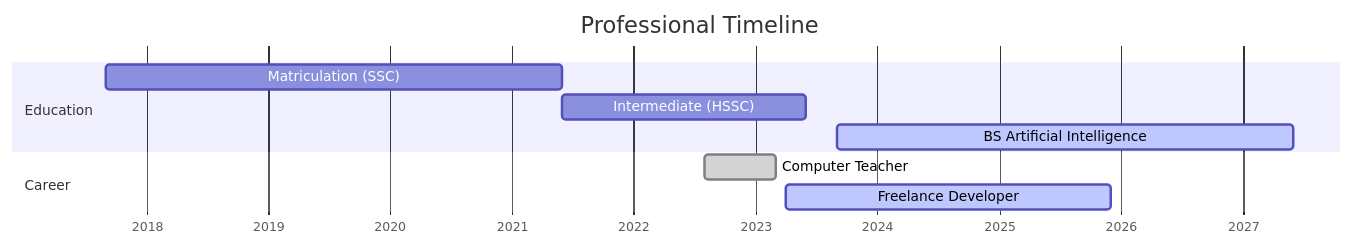
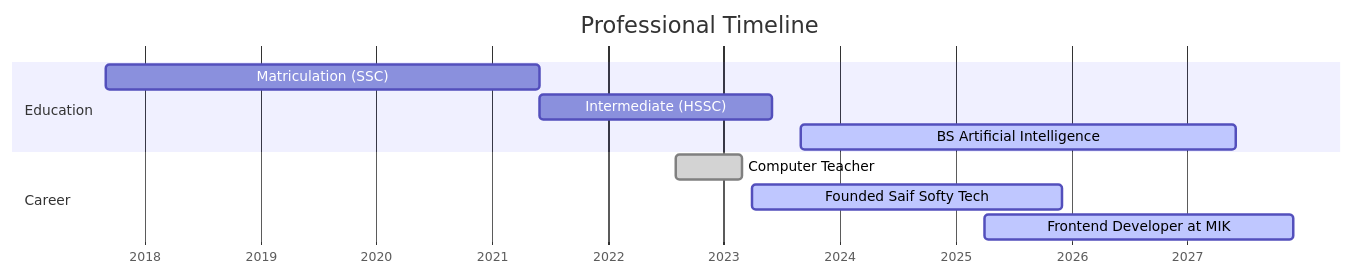
The diagram in README.md (ihsansaif313/Ihsan-Saif-Portfolio), drawn with Mermaid before and after one commit. The commit also changed other lines of this file, not shown here.

````diff
--- a/README.md
+++ b/README.md
@@ -41,15 +41,16 @@
 ```mermaid
 gantt
     title Professional Timeline
     dateFormat  YYYY-MM
     axisFormat %Y
     
     section Education
     Matriculation (SSC) :a1, 2017-09, 2021-06
     Intermediate (HSSC) :a2, after a1, 2023-06
     BS Artificial Intelligence :active, a3, 2023-09, 2027-06
     
     section Career
     Computer Teacher :done, 2022-08, 2023-03
-    Freelance Developer :active, 2023-04, 2025-12
+    Founded Saif Softy Tech :active, 2023-04, 2025-12
+    Frontend Developer at MIK :active, 2025-04, 2027-12
 ```
````
